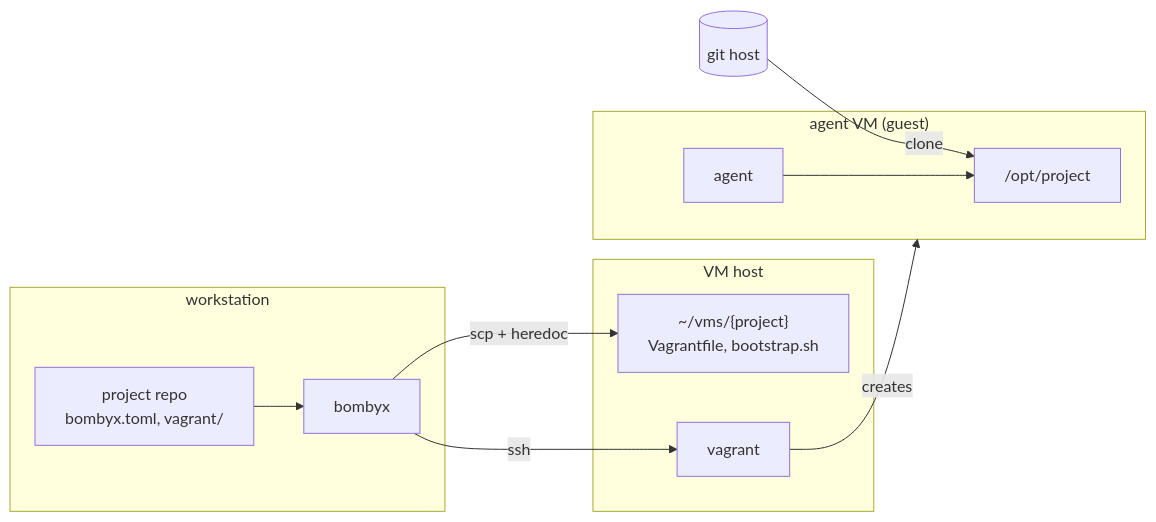
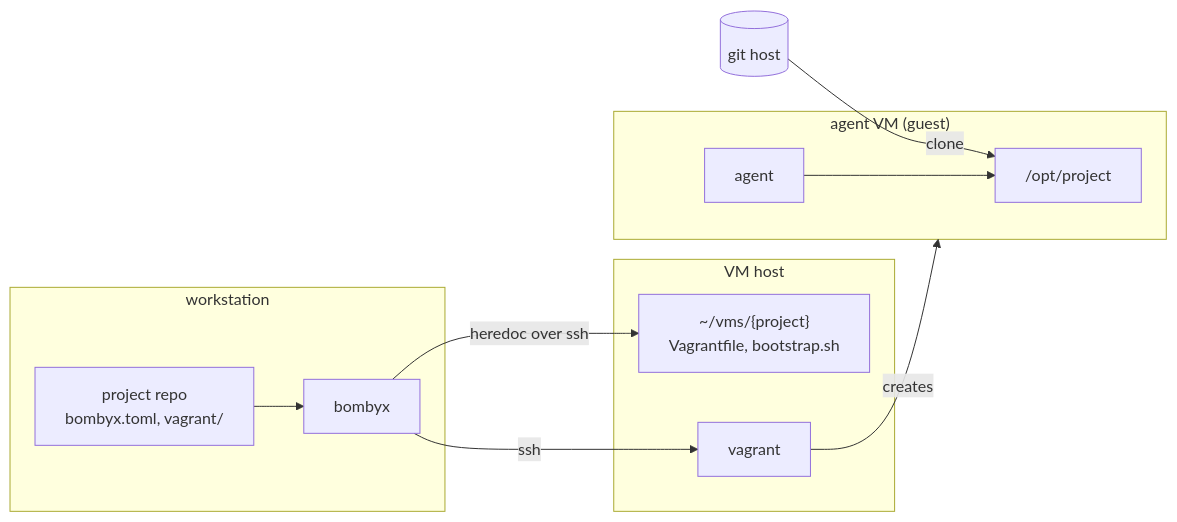
One commit to breki/bombyx changed the first of 6 diagrams in docs/architecture.md. Above: the diagram before and after it, drawn with Mermaid. The commit also changed other lines of this file and 25 other files, not shown here.

````diff
--- a/docs/architecture.md
+++ b/docs/architecture.md
@@ -9,26 +9,26 @@
 ```mermaid
 flowchart LR
   subgraph ws["workstation"]
     repo["project repo<br/>bombyx.toml, vagrant/"]
     cli["bombyx"]
   end
 
   subgraph host["VM host"]
     dir["~/vms/{project}<br/>Vagrantfile, bootstrap.sh"]
     vg["vagrant"]
   end
 
   subgraph guest["agent VM (guest)"]
     clone["/opt/project"]
     agent["agent"]
   end
 
   git[("git host")]
 
   repo --> cli
   cli -- ssh --> vg
-  cli -- "scp + heredoc" --> dir
+  cli -- "heredoc over ssh" --> dir
   vg -- creates --> guest
   git -- clone --> clone
   agent --> clone
 ```
````
